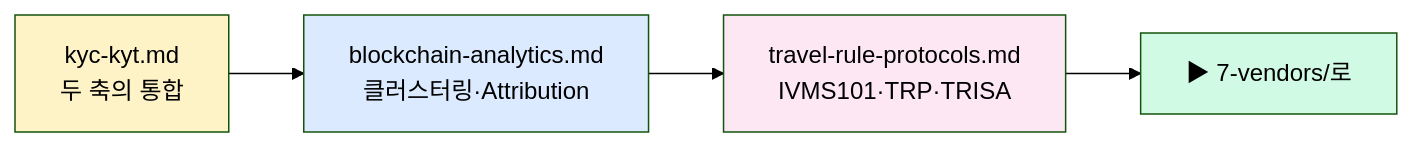
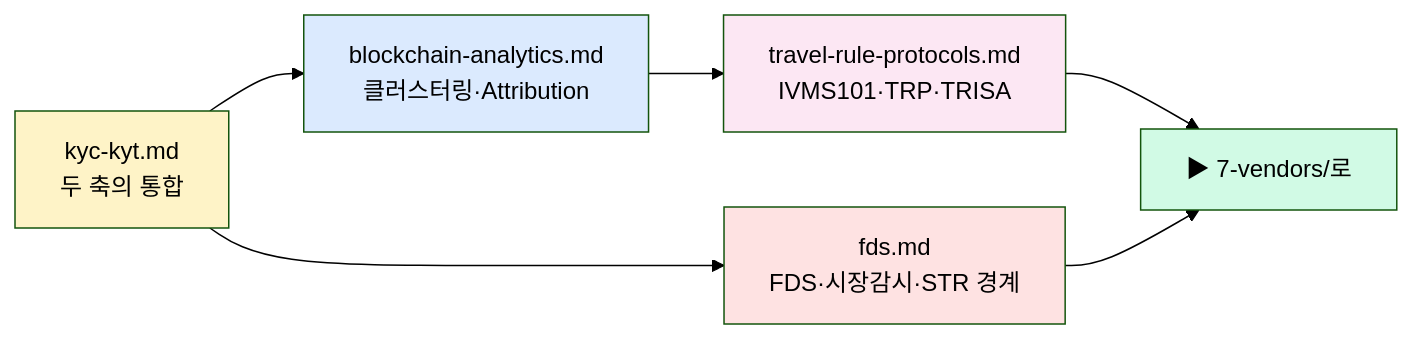
Before and after one commit to lala-david/aml-notes: the diagram in notes/4-technology/README.md, drawn with Mermaid (forest theme). The commit also changed other lines of this file and 379 other files, not shown here.

First line of the commit message:
notes,kb,en,deep,charts: 2026-10-21 기준 정정 46건 반영 — 출처 없는 수치를 걷어내고 다이어그램을 다시 그림

````diff
--- a/notes/4-technology/README.md
+++ b/notes/4-technology/README.md
@@ -13,11 +14,14 @@
 ```mermaid
 flowchart LR
     A[kyc-kyt.md<br/>두 축의 통합] --> B[blockchain-analytics.md<br/>클러스터링·Attribution]
     B --> C[travel-rule-protocols.md<br/>IVMS101·TRP·TRISA]
+    A --> F["fds.md<br/>FDS·시장감시·STR 경계"]
     C --> V[▶ 7-vendors/로]
+    F --> V
 
     style A fill:#fef3c7
     style B fill:#dbeafe
     style C fill:#fce7f3
+    style F fill:#fee2e2
     style V fill:#d1fae5
 ```
````
